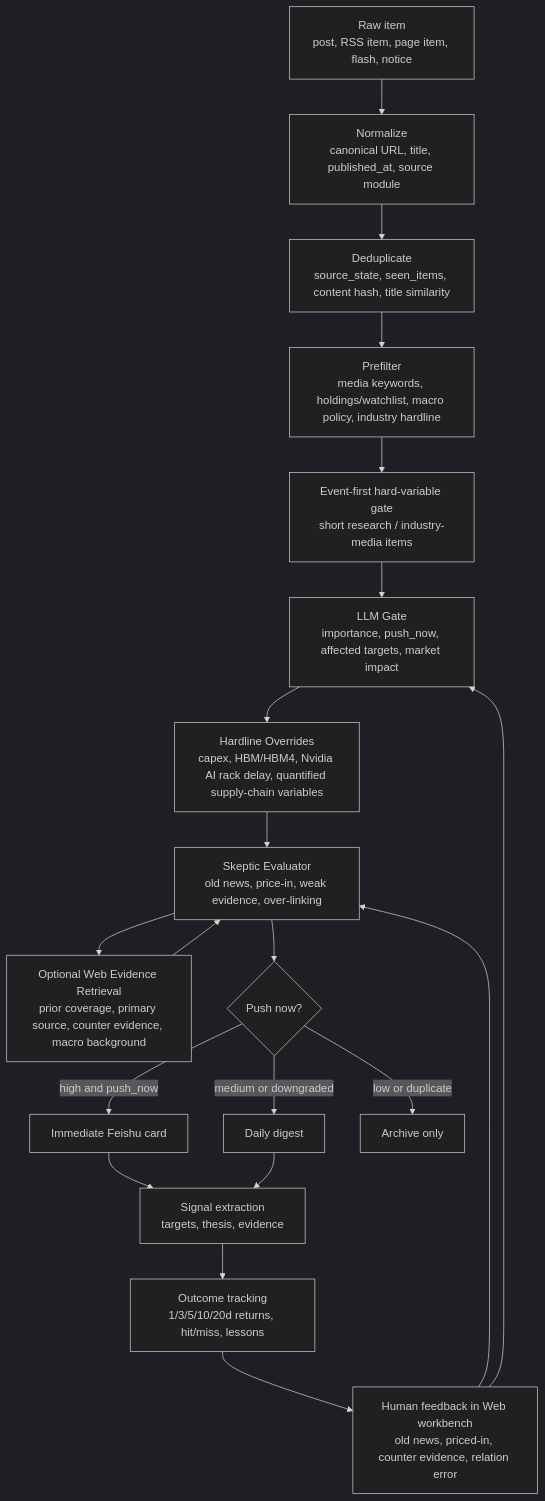
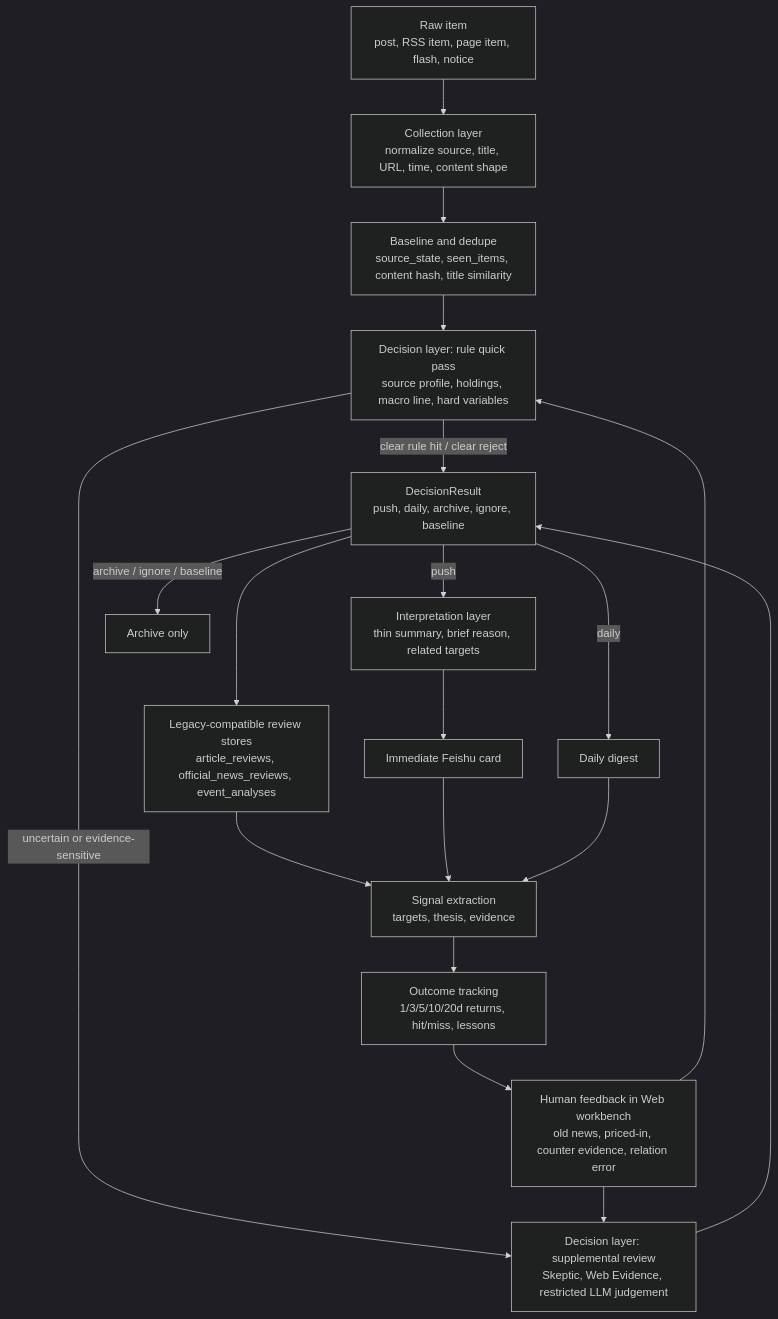
One commit to Stayfoool/MarketPulseWire changed the third of 5 diagrams in docs/architecture-flow.md. Above: the diagram before and after it, drawn with Mermaid (dark theme). The commit also changed other lines of this file and 33 other files, not shown here.

Commit message:
Unify market decision and interpretation layers

````diff
--- a/docs/architecture-flow.md
+++ b/docs/architecture-flow.md
@@ -224,31 +226,32 @@
 ```mermaid
 flowchart TD
     Raw["Raw item<br/>post, RSS item, page item, flash, notice"]
-    Normalize["Normalize<br/>canonical URL, title, published_at, source module"]
-    Dedupe["Deduplicate<br/>source_state, seen_items, content hash, title similarity"]
-    Prefilter["Prefilter<br/>media keywords, holdings/watchlist, macro policy, industry hardline"]
-    Gate["LLM Gate<br/>importance, push_now, affected targets, market impact"]
-    Hardline["Hardline Overrides<br/>capex, HBM/HBM4, Nvidia AI rack delay, quantified supply-chain variables"]
-    Skeptic["Skeptic Evaluator<br/>old news, price-in, weak evidence, over-linking"]
-    WebEvidence["Optional Web Evidence Retrieval<br/>prior coverage, primary source, counter evidence, macro background"]
-    PushDecision{"Push now?"}
+    Normalize["Collection layer<br/>normalize source, title, URL, time, content shape"]
+    Dedupe["Baseline and dedupe<br/>source_state, seen_items, content hash, title similarity"]
+    RuleFast["Decision layer: rule quick pass<br/>source profile, holdings, macro line, hard variables"]
+    Supplemental["Decision layer: supplemental review<br/>Skeptic, Web Evidence, restricted LLM judgement"]
+    Decision["DecisionResult<br/>push, daily, archive, ignore, baseline"]
+    Interpreter["Interpretation layer<br/>thin summary, brief reason, related targets"]
     Feishu["Immediate Feishu card"]
     Digest["Daily digest"]
     Archive["Archive only"]
+    Legacy["Legacy-compatible review stores<br/>article_reviews, official_news_reviews, event_analyses"]
     Signal["Signal extraction<br/>targets, thesis, evidence"]
     Outcome["Outcome tracking<br/>1/3/5/10/20d returns, hit/miss, lessons"]
     Feedback["Human feedback in Web workbench<br/>old news, priced-in, counter evidence, relation error"]
 
-    Raw --> Normalize --> Dedupe --> Prefilter --> EventFirst["Event-first hard-variable gate<br/>short research / industry-media items"]
-    EventFirst --> Gate --> Hardline --> Skeptic
-    Skeptic --> WebEvidence --> Skeptic
-    Skeptic --> PushDecision
-    PushDecision -- "high and push_now" --> Feishu
-    PushDecision -- "medium or downgraded" --> Digest
-    PushDecision -- "low or duplicate" --> Archive
+    Raw --> Normalize --> Dedupe --> RuleFast
+    RuleFast -- "clear rule hit / clear reject" --> Decision
+    RuleFast -- "uncertain or evidence-sensitive" --> Supplemental
+    Supplemental --> Decision
+    Decision --> Legacy
+    Decision -- "push" --> Interpreter --> Feishu
+    Decision -- "daily" --> Digest
+    Decision -- "archive / ignore / baseline" --> Archive
+    Legacy --> Signal
     Feishu --> Signal
     Digest --> Signal
     Signal --> Outcome --> Feedback
-    Feedback --> Skeptic
-    Feedback --> Gate
+    Feedback --> Supplemental
+    Feedback --> RuleFast
 ```
````
